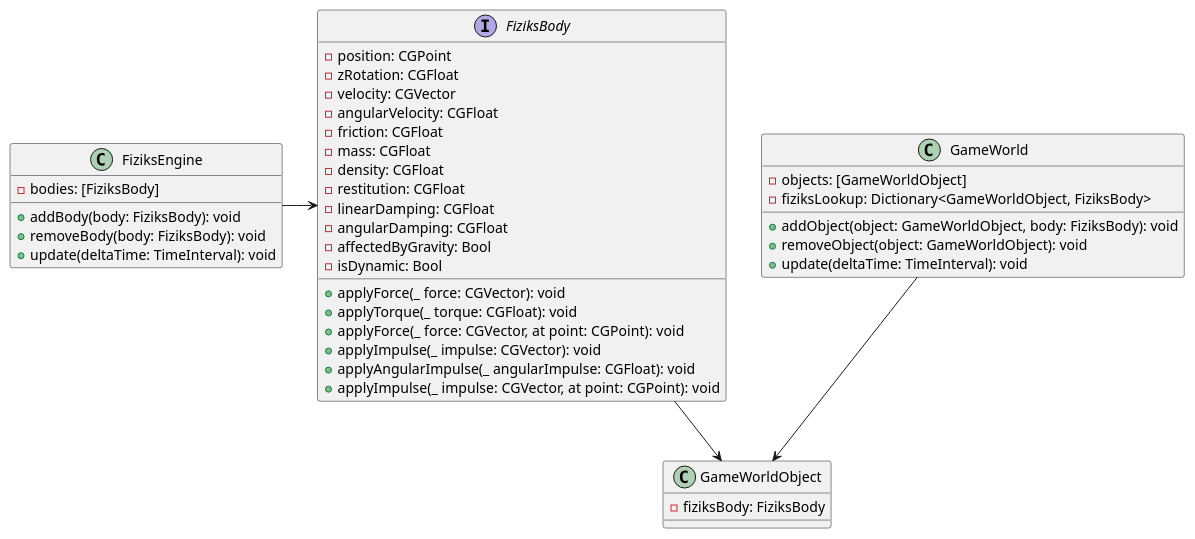
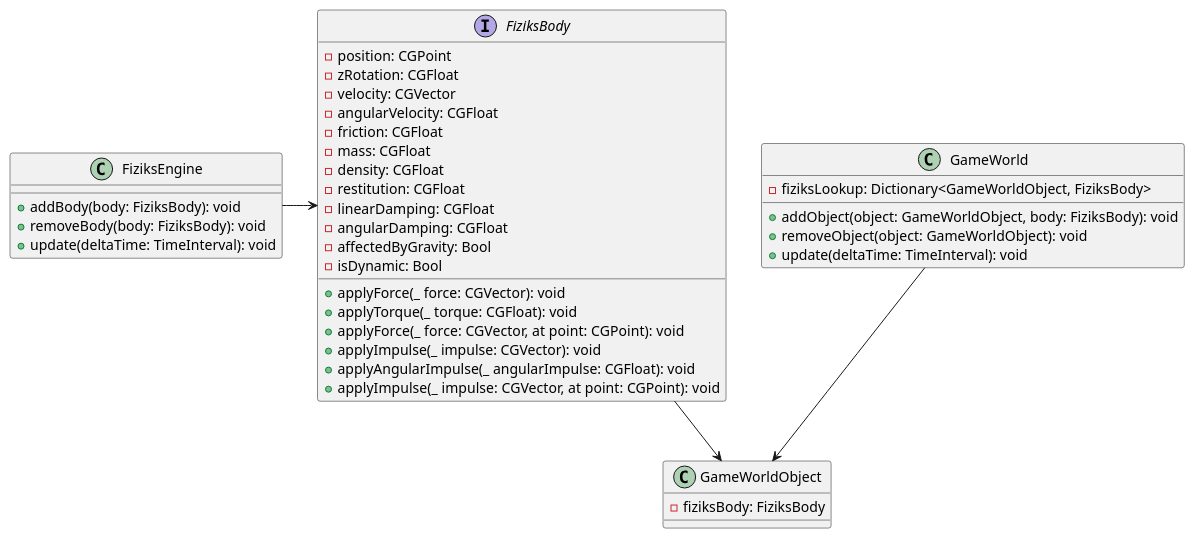
One commit to tumbling-towers/TumblingTowersGame changed the diagram in Docs/Diagrams/Physics/fiziks-body-opt-4.puml. Above: the diagram before and after it, drawn with PlantUML. The commit also changed 21 other files, not shown here.

Commit message:
update diagrams and fix small swiftlint errors

```diff
--- a/Docs/Diagrams/Physics/fiziks-body-opt-4.puml
+++ b/Docs/Diagrams/Physics/fiziks-body-opt-4.puml
@@ -1,45 +1,43 @@
 @startuml
 class GameWorld {
-    - objects: [GameWorldObject]
     - fiziksLookup: Dictionary<GameWorldObject, FiziksBody>
     + addObject(object: GameWorldObject, body: FiziksBody): void
     + removeObject(object: GameWorldObject): void
     + update(deltaTime: TimeInterval): void
 }
 
 interface FiziksBody {
     - position: CGPoint
     - zRotation: CGFloat
     - velocity: CGVector
     - angularVelocity: CGFloat
     - friction: CGFloat
     - mass: CGFloat
     - density: CGFloat
     - restitution: CGFloat
     - linearDamping: CGFloat
     - angularDamping: CGFloat
     - affectedByGravity: Bool
     - isDynamic: Bool
     + applyForce(_ force: CGVector): void
     + applyTorque(_ torque: CGFloat): void
     + applyForce(_ force: CGVector, at point: CGPoint): void
     + applyImpulse(_ impulse: CGVector): void
     + applyAngularImpulse(_ angularImpulse: CGFloat): void
     + applyImpulse(_ impulse: CGVector, at point: CGPoint): void
 }
 
 class FiziksEngine {
-    - bodies: [FiziksBody]
     + addBody(body: FiziksBody): void
     + removeBody(body: FiziksBody): void
     + update(deltaTime: TimeInterval): void
 }
 
 class GameWorldObject {
     - fiziksBody: FiziksBody
 }
 
 GameWorld --> GameWorldObject
 FiziksEngine -> FiziksBody
 FiziksBody --> GameWorldObject
 @enduml
```
